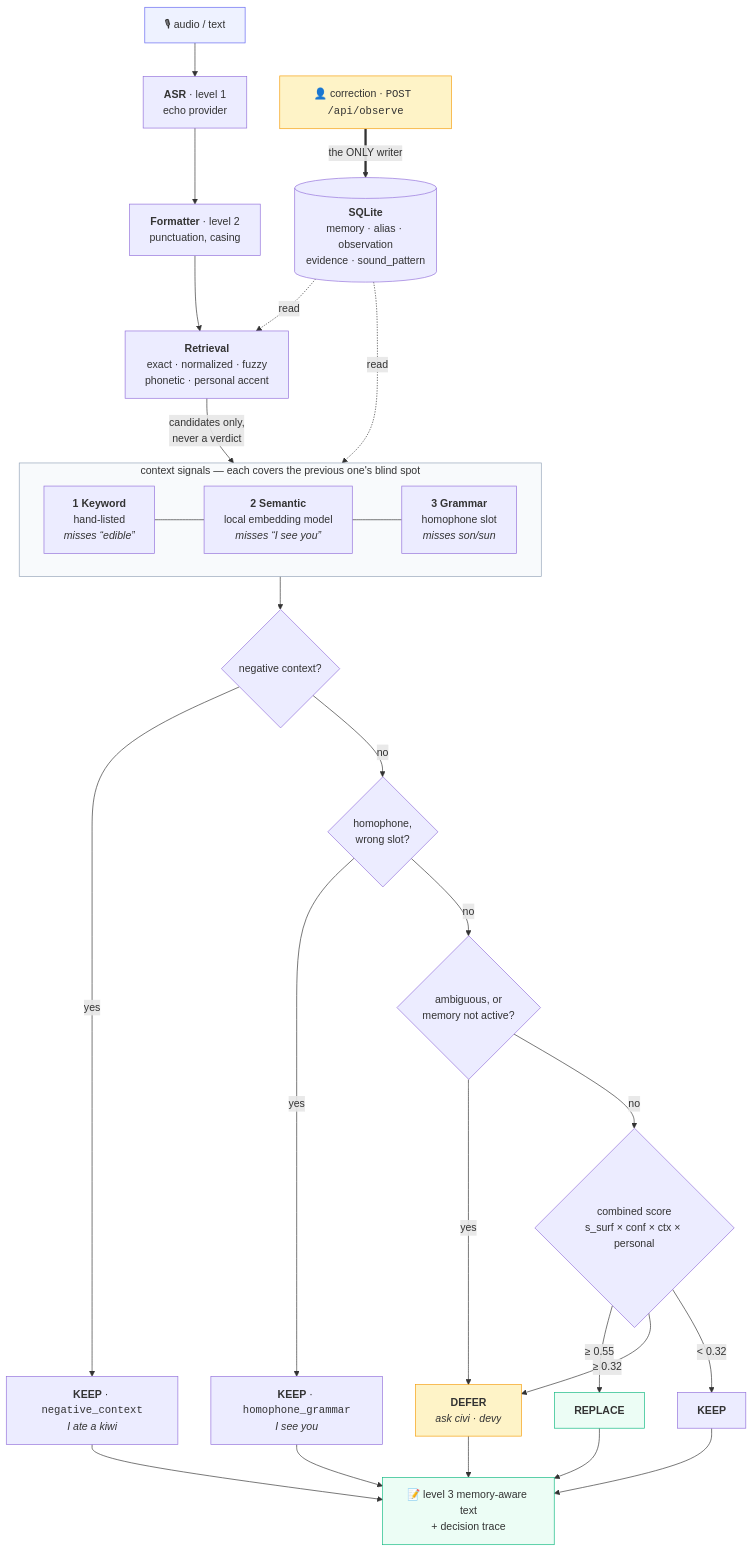
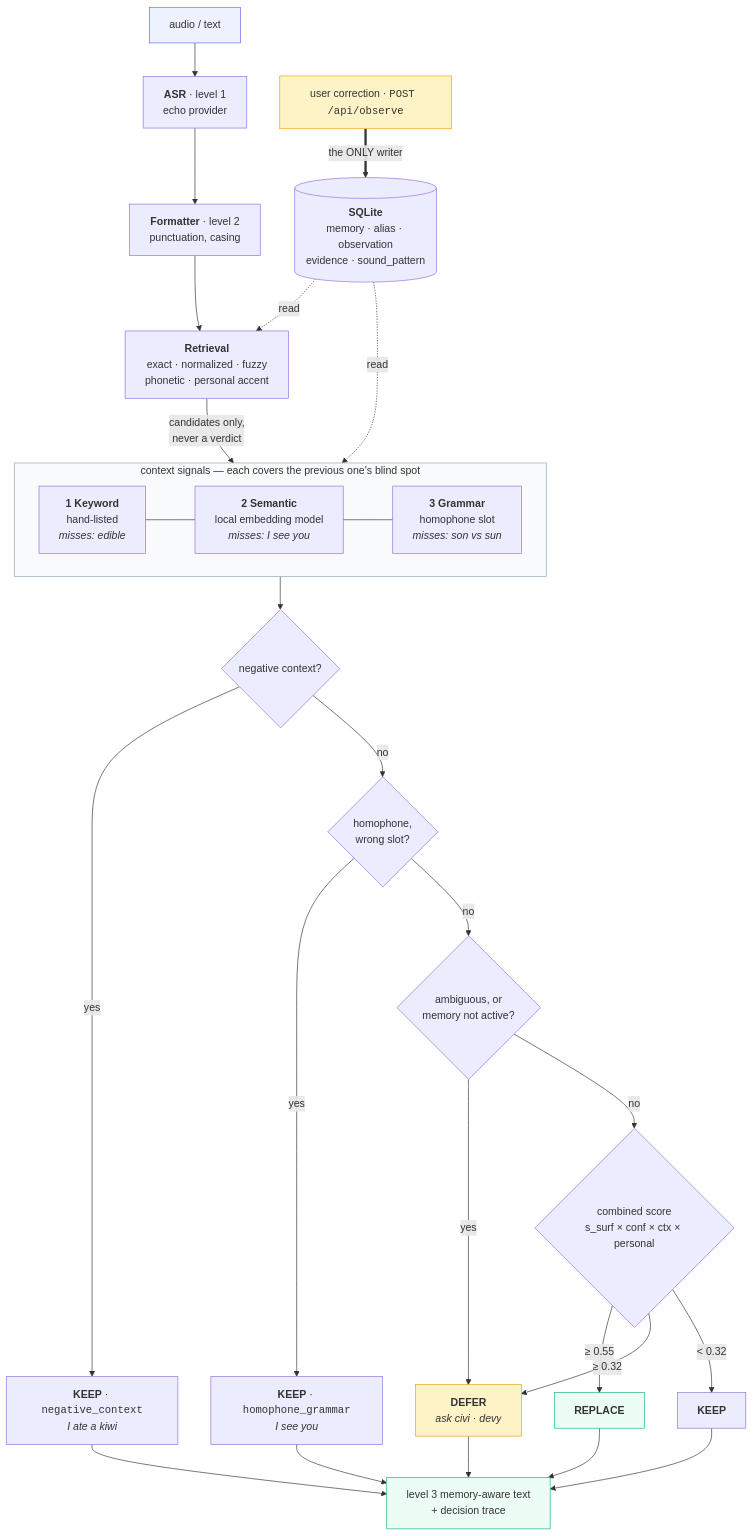
One commit to kailash-git/Sarvam_AI_Internship_Task changed the diagram in README.md. Above: the diagram before and after it, drawn with Mermaid.

Commit message:
Final Updated README

````diff
--- a/README.md
+++ b/README.md
@@ -27,44 +27,44 @@
 ```mermaid
 flowchart TD
-    A["🎙 audio / text"] --> B["<b>ASR</b> · level 1<br/>echo provider"]
+    A["audio / text"] --> B["<b>ASR</b> · level 1<br/>echo provider"]
     B --> C["<b>Formatter</b> · level 2<br/>punctuation, casing"]
     C --> D["<b>Retrieval</b><br/>exact · normalized · fuzzy<br/>phonetic · personal accent"]
     D -->|"candidates only,<br/>never a verdict"| S
 
     subgraph S ["context signals — each covers the previous one's blind spot"]
         direction LR
-        S1["<b>1 Keyword</b><br/>hand-listed<br/><i>misses “edible”</i>"]
-        S2["<b>2 Semantic</b><br/>local embedding model<br/><i>misses “I see you”</i>"]
-        S3["<b>3 Grammar</b><br/>homophone slot<br/><i>misses son/sun</i>"]
+        S1["<b>1 Keyword</b><br/>hand-listed<br/><i>misses: edible</i>"]
+        S2["<b>2 Semantic</b><br/>local embedding model<br/><i>misses: I see you</i>"]
+        S3["<b>3 Grammar</b><br/>homophone slot<br/><i>misses: son vs sun</i>"]
         S1 --- S2 --- S3
     end
 
     S --> G1{"negative context?"}
     G1 -->|yes| K1["<b>KEEP</b> · <code>negative_context</code><br/><i>I ate a kiwi</i>"]
     G1 -->|no| G2{"homophone,<br/>wrong slot?"}
     G2 -->|yes| K2["<b>KEEP</b> · <code>homophone_grammar</code><br/><i>I see you</i>"]
     G2 -->|no| G3{"ambiguous, or<br/>memory not active?"}
     G3 -->|yes| DF["<b>DEFER</b><br/><i>ask civi · devy</i>"]
     G3 -->|no| BAND{"combined score<br/>s_surf × conf × ctx × personal"}
     BAND -->|"&ge; 0.55"| RP["<b>REPLACE</b>"]
     BAND -->|"&ge; 0.32"| DF
     BAND -->|"&lt; 0.32"| K3["<b>KEEP</b>"]
 
-    RP --> OUT["📝 level 3 memory-aware text<br/>+ decision trace"]
+    RP --> OUT["level 3 memory-aware text<br/>+ decision trace"]
     DF --> OUT
     K1 --> OUT
     K2 --> OUT
     K3 --> OUT
 
     DB[("<b>SQLite</b><br/>memory · alias · observation<br/>evidence · sound_pattern")]
     DB -.->|read| D
     DB -.->|read| S
-    U["👤 correction · <code>POST /api/observe</code>"] ==>|"the ONLY writer"| DB
+    U["user correction · <code>POST /api/observe</code>"] ==>|"the ONLY writer"| DB
 
     style A fill:#eef2ff,stroke:#6366f1
     style OUT fill:#ecfdf5,stroke:#10b981
     style RP fill:#ecfdf5,stroke:#10b981
     style DF fill:#fef3c7,stroke:#f59e0b
     style U fill:#fef3c7,stroke:#f59e0b
     style S fill:#f8fafc,stroke:#94a3b8
 ```
````
